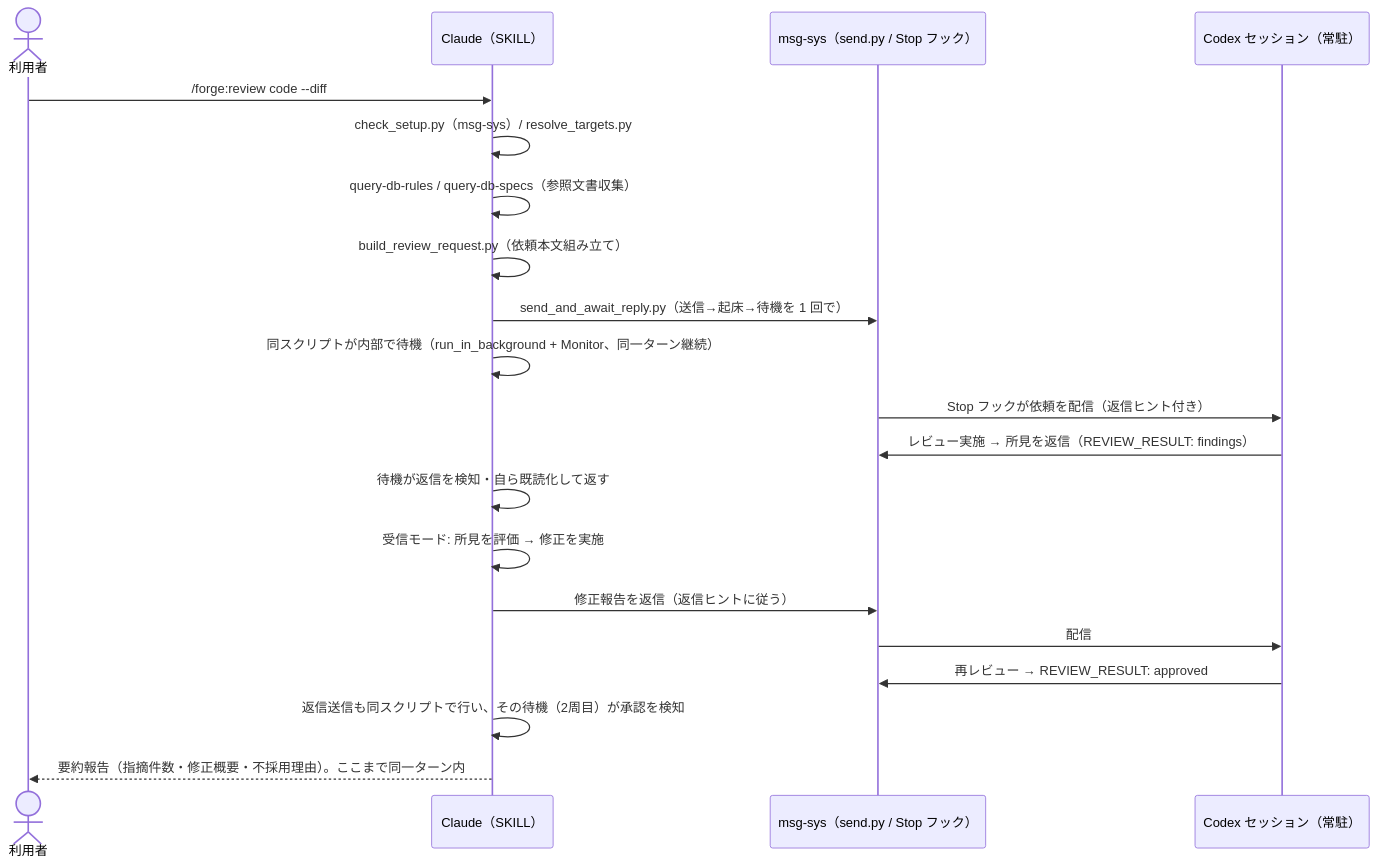
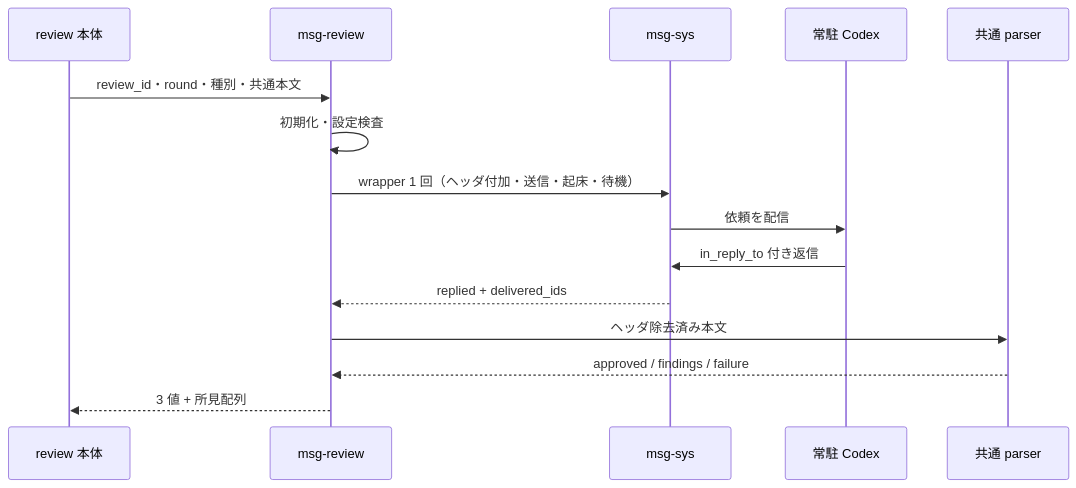
The second of 2 diagrams in docs/specs/msg-review/design/DES-045_msg_review_skill_design.md (BlueEventHorizon/bw-cc-plugins), drawn with Mermaid before and after one commit. The commit also changed other lines of this file and 46 other files, not shown here.

Commit message:
feat(forge): add dependency-free agent review backend

````diff
--- a/docs/specs/msg-review/design/DES-045_msg_review_skill_design.md
+++ b/docs/specs/msg-review/design/DES-045_msg_review_skill_design.md
@@ -458,23 +320,18 @@
 ```mermaid
 sequenceDiagram
-    actor User as 利用者
-    participant Claude as Claude（SKILL）
-    participant MsgSys as msg-sys（send.py / Stop フック）
-    participant Codex as Codex セッション（常駐）
+    participant Body as review 本体
+    participant Backend as msg-review
+    participant MsgSys as msg-sys
+    participant Codex as 常駐 Codex
+    participant Parser as 共通 parser
 
-    User->>Claude: /forge:review code --diff
-    Claude->>Claude: check_setup.py（msg-sys）/ resolve_targets.py
-    Claude->>Claude: query-db-rules / query-db-specs（参照文書収集）
-    Claude->>Claude: build_review_request.py（依頼本文組み立て）
-    Claude->>MsgSys: send_and_await_reply.py（送信→起床→待機を 1 回で）
-    Claude->>Claude: 同スクリプトが内部で待機（run_in_background + Monitor、同一ターン継続）
-    MsgSys->>Codex: Stop フックが依頼を配信（返信ヒント付き）
-    Codex->>MsgSys: レビュー実施 → 所見を返信（REVIEW_RESULT: findings）
-    Claude->>Claude: 待機が返信を検知・自ら既読化して返す
-    Claude->>Claude: 受信モード: 所見を評価 → 修正を実施
-    Claude->>MsgSys: 修正報告を返信（返信ヒントに従う）
-    MsgSys->>Codex: 配信
-    Codex->>MsgSys: 再レビュー → REVIEW_RESULT: approved
-    Claude->>Claude: 返信送信も同スクリプトで行い、その待機（2周目）が承認を検知
-    Claude-->>User: 要約報告（指摘件数・修正概要・不採用理由）。ここまで同一ターン内
+    Body->>Backend: review_id・round・種別・共通本文
+    Backend->>Backend: 初期化・設定検査
+    Backend->>MsgSys: wrapper 1 回（ヘッダ付加・送信・起床・待機）
+    MsgSys->>Codex: 依頼を配信
+    Codex->>MsgSys: in_reply_to 付き返信
+    MsgSys-->>Backend: replied + delivered_ids
+    Backend->>Parser: ヘッダ除去済み本文
+    Parser-->>Backend: approved / findings / failure
+    Backend-->>Body: 3 値 + 所見配列
 ```
````
